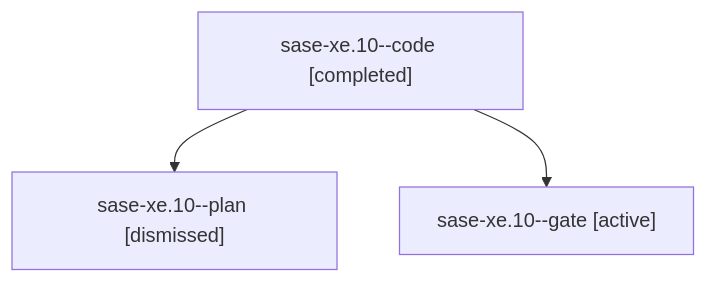
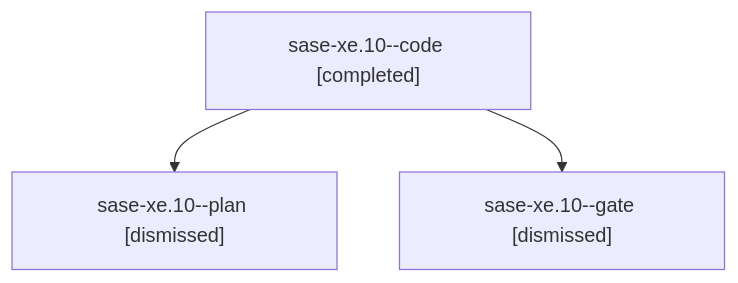
Before and after one commit to sase-org/sase--agents: the diagram in sessions/bbugyi200.athena.sase-xe.10.md, drawn with Mermaid. The commit also changed other lines of this file and 323 other files, not shown here.

````diff
--- a/sessions/bbugyi200.athena.sase-xe.10.md
+++ b/sessions/bbugyi200.athena.sase-xe.10.md
@@ -9,8 +9,8 @@
 ```mermaid
 flowchart TD
   n0["sase-xe.10--code [completed]"]
   n1["sase-xe.10--plan [dismissed]"]
   n0 --> n1
-  n2["sase-xe.10--gate [active]"]
+  n2["sase-xe.10--gate [dismissed]"]
   n0 --> n2
 ```
````
